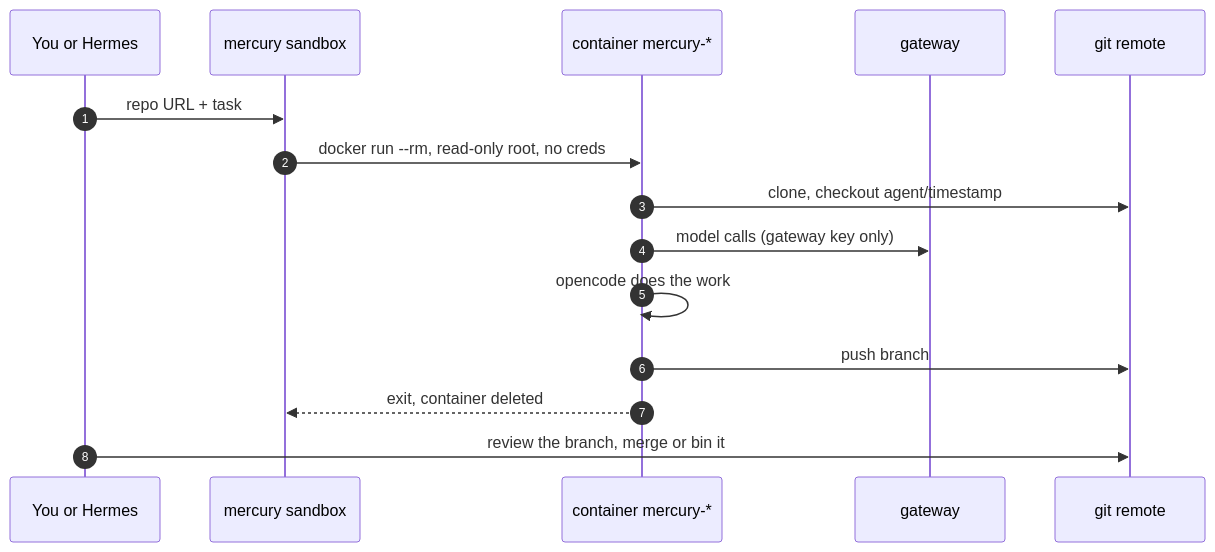
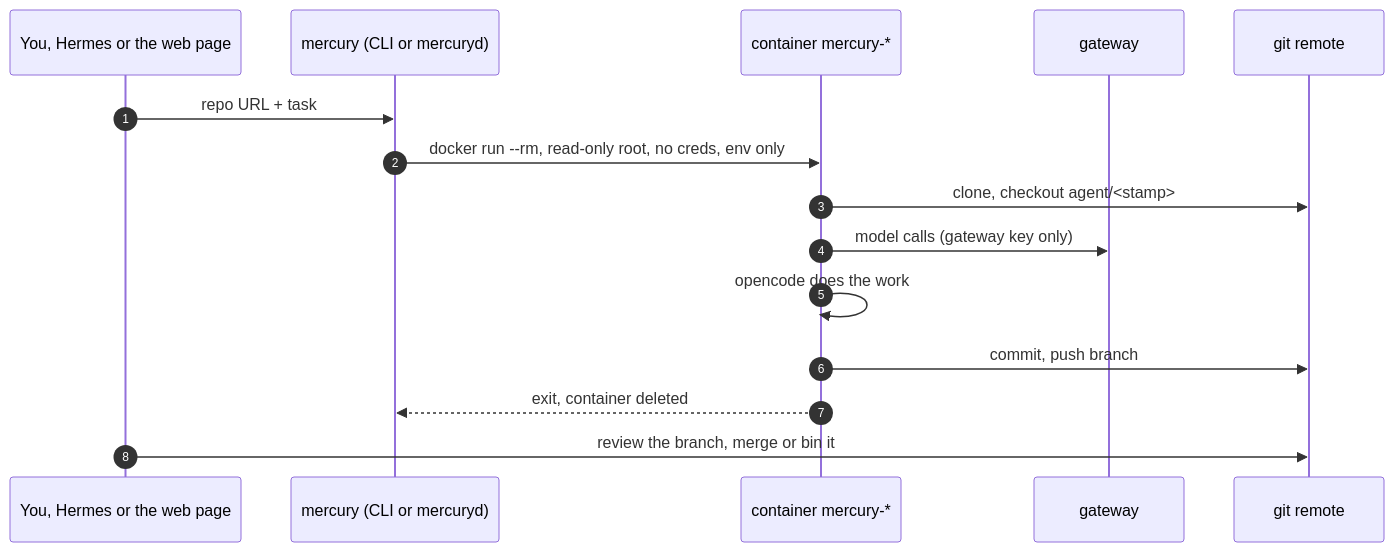
Before and after one commit to benkelly/MercurySandbox: the second of 2 diagrams in README.md, drawn with Mermaid. The commit also changed other lines of this file and 87 other files, not shown here.

````diff
--- a/README.md
+++ b/README.md
@@ -49,18 +63,18 @@
 ```mermaid
 sequenceDiagram
     autonumber
-    participant Y as You or Hermes
-    participant M as mercury sandbox
+    participant Y as You, Hermes or the web page
+    participant M as mercury (CLI or mercuryd)
     participant C as container mercury-*
     participant G as gateway
     participant R as git remote
 
     Y->>M: repo URL + task
-    M->>C: docker run --rm, read-only root, no creds
-    C->>R: clone, checkout agent/timestamp
+    M->>C: docker run --rm, read-only root, no creds, env only
+    C->>R: clone, checkout agent/<stamp>
     C->>G: model calls (gateway key only)
     C->>C: opencode does the work
-    C->>R: push branch
+    C->>R: commit, push branch
     C-->>M: exit, container deleted
     Y->>R: review the branch, merge or bin it
 ```
````
